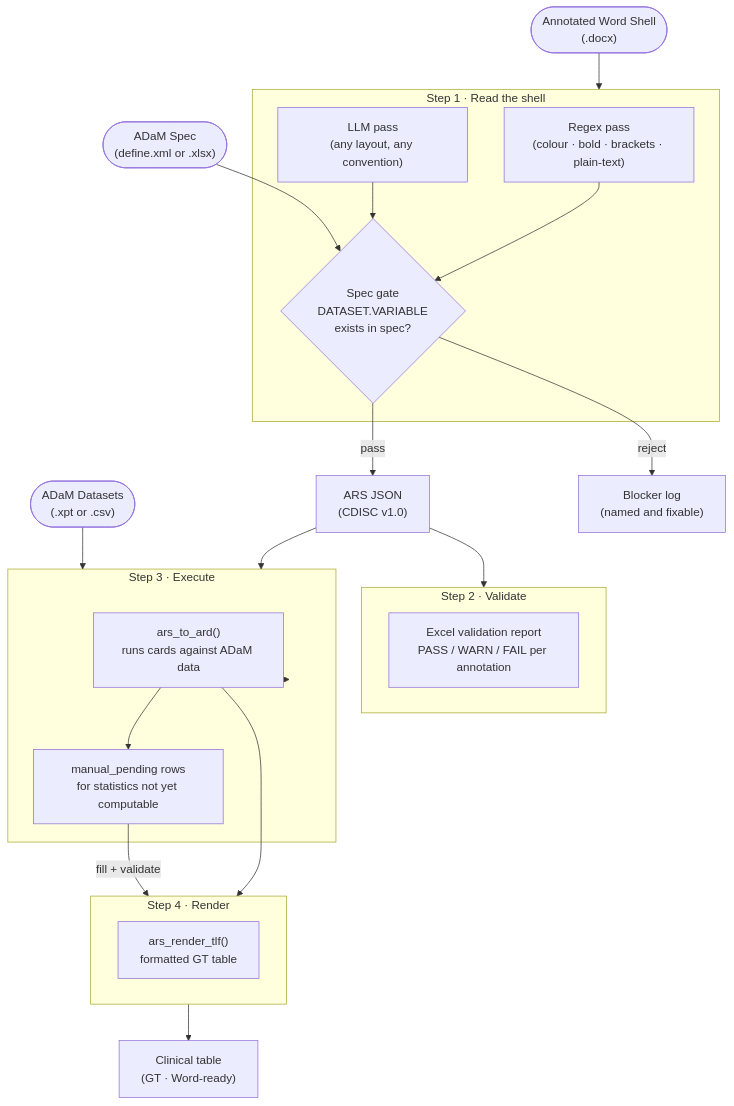
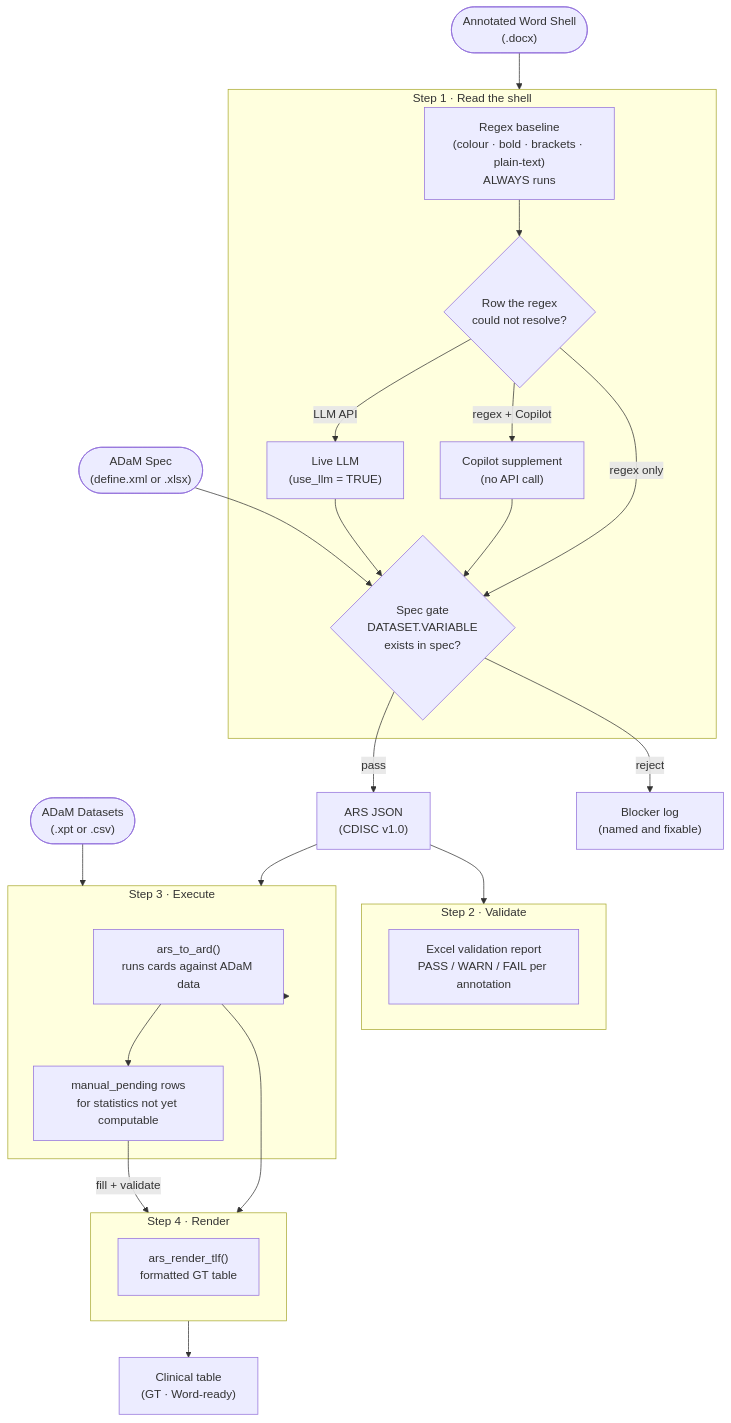
Before and after one commit to tavakohr/arsbridge: the diagram in README.Rmd, drawn with Mermaid. The commit also changed other lines of this file and 1 other file, not shown here.

````diff
--- a/README.Rmd
+++ b/README.Rmd
@@ -48,40 +48,44 @@
 ```mermaid
 flowchart TD
     SHELL(["Annotated Word Shell\n(.docx)"])
     SPEC(["ADaM Spec\n(define.xml or .xlsx)"])
     ADAM(["ADaM Datasets\n(.xpt or .csv)"])
 
     subgraph STEP1 ["Step 1 · Read the shell"]
-        R["Regex pass\n(colour · bold · brackets · plain-text)"]
-        L["LLM pass\n(any layout, any convention)"]
+        R["Regex baseline\n(colour · bold · brackets · plain-text)\nALWAYS runs"]
+        F{"Row the regex\ncould not resolve?"}
+        C["Copilot supplement\n(no API call)"]
+        L["Live LLM\n(use_llm = TRUE)"]
         G{"Spec gate\nDATASET.VARIABLE\nexists in spec?"}
-        R --> G
-        L --> G
+        R --> F
+        F -->|"regex only"| G
+        F -->|"regex + Copilot"| C --> G
+        F -->|"LLM API"| L --> G
     end
 
     subgraph STEP2 ["Step 2 · Validate"]
         V["Excel validation report\nPASS / WARN / FAIL per annotation"]
     end
 
     subgraph STEP3 ["Step 3 · Execute"]
         E["ars_to_ard()\nruns cards against ADaM data"]
         MP["manual_pending rows\nfor statistics not yet computable"]
     end
 
     subgraph STEP4 ["Step 4 · Render"]
         T["ars_render_tlf()\nformatted GT table"]
     end
 
     SHELL --> STEP1
     SPEC --> G
     G -->|"pass"| ARS["ARS JSON\n(CDISC v1.0)"]
     G -->|"reject"| BLK["Blocker log\n(named and fixable)"]
     ARS --> STEP2
     ARS --> STEP3
     ADAM --> STEP3
     STEP3 --> E
     E --> MP
     E --> STEP4
     MP -->|"fill + validate"| STEP4
     STEP4 --> TLF["Clinical table\n(GT · Word-ready)"]
 ```
````
